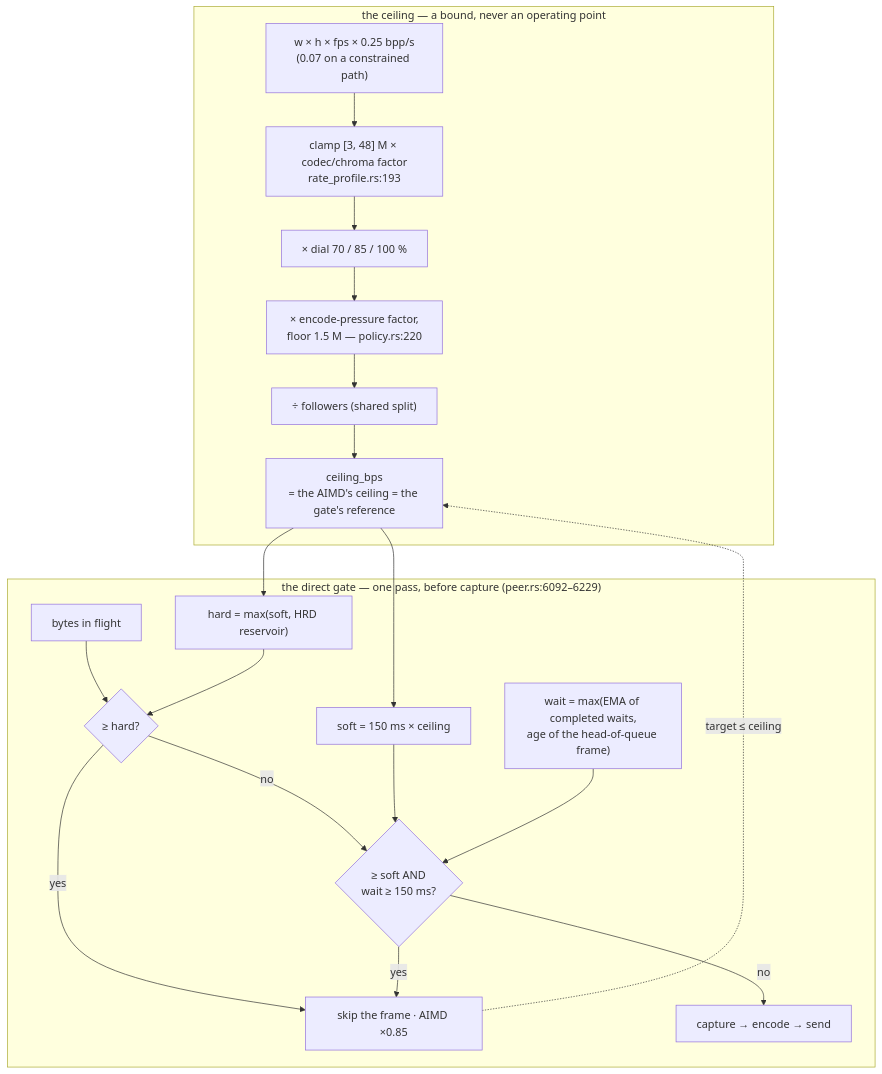
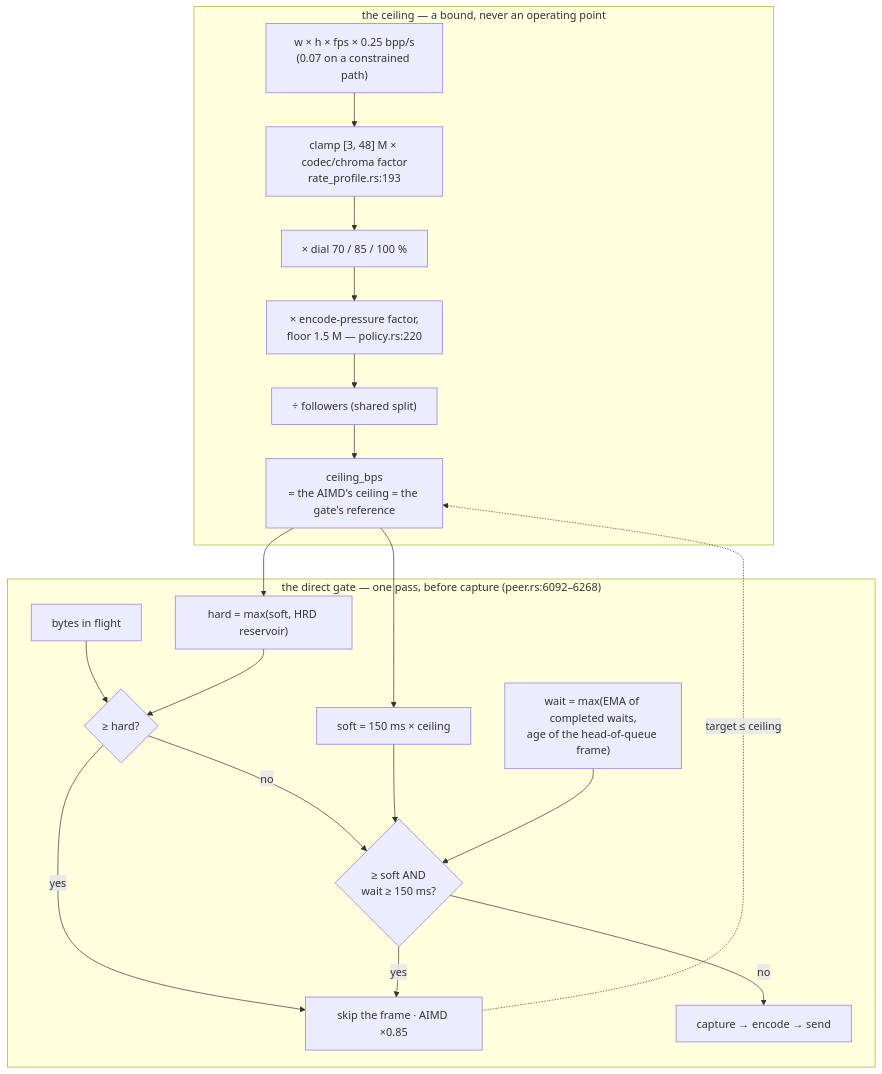
The third of 3 diagrams in docs/rate-control.md (gjovanov/roomler-ai), drawn with Mermaid before and after one commit. The commit also changed other lines of this file and 37 other files, not shown here.

````diff
--- a/docs/rate-control.md
+++ b/docs/rate-control.md
@@ -340,24 +340,24 @@
 ```mermaid
 flowchart TB
     subgraph ceiling["the ceiling — a bound, never an operating point"]
         G["w × h × fps × 0.25 bpp/s<br/>(0.07 on a constrained path)"] --> C["clamp [3, 48] M × codec/chroma factor<br/>rate_profile.rs:193"]
         C --> D["× dial 70 / 85 / 100 %"]
         D --> E["× encode-pressure factor,<br/>floor 1.5 M — policy.rs:220"]
         E --> S["÷ followers (shared split)"]
         S --> CEIL["ceiling_bps<br/>= the AIMD's ceiling = the gate's reference"]
     end
-    subgraph gate["the direct gate — one pass, before capture (peer.rs:6092–6229)"]
+    subgraph gate["the direct gate — one pass, before capture (peer.rs:6092–6268)"]
         CEIL --> SOFT["soft = 150 ms × ceiling"]
         CEIL --> HARD["hard = max(soft, HRD reservoir)"]
         W["wait = max(EMA of completed waits,<br/>age of the head-of-queue frame)"]
         Q["bytes in flight"] --> H{"≥ hard?"}
         HARD --> H
         H -- yes --> TRIP["skip the frame · AIMD ×0.85"]
         H -- no --> SQ{"≥ soft AND<br/>wait ≥ 150 ms?"}
         SOFT --> SQ
         W --> SQ
         SQ -- yes --> TRIP
         SQ -- no --> PASS["capture → encode → send"]
     end
     TRIP -.->|"target ≤ ceiling"| CEIL
 ```
````
